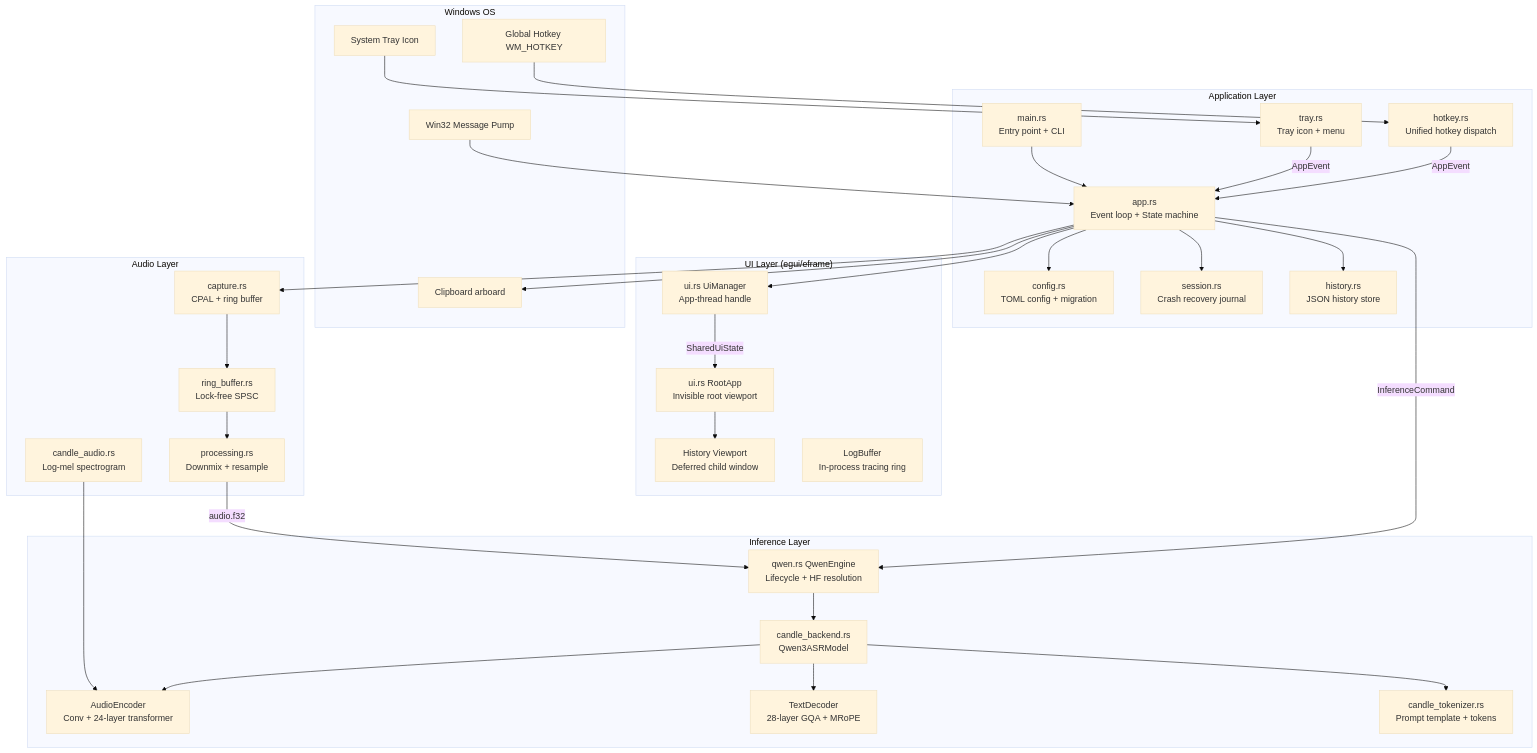
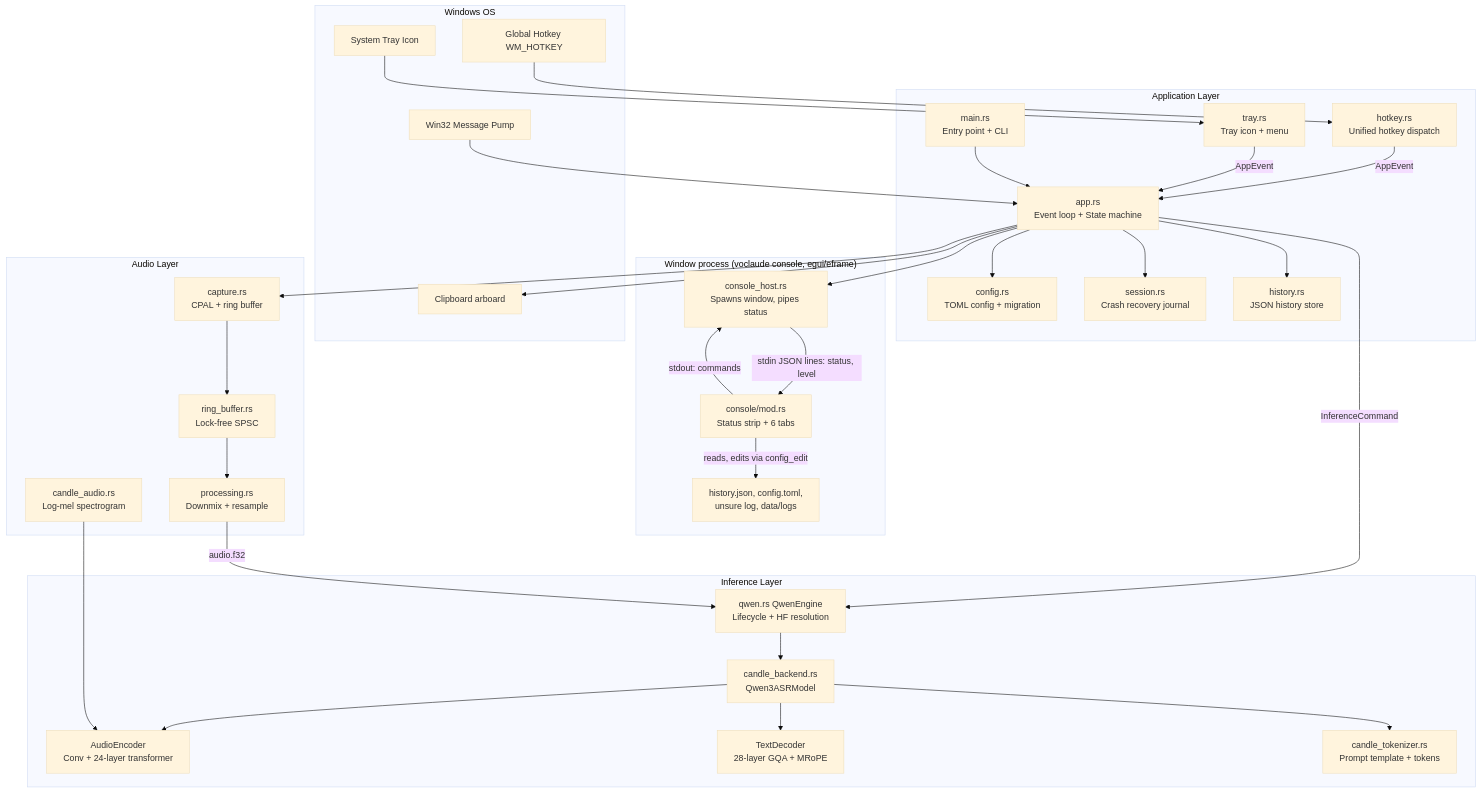
Before and after one commit to matvei77/Voclaude: the first of 3 diagrams in docs/CODEBASE_MAP.md, drawn with Mermaid (base theme). The commit also changed other lines of this file and 37 other files, not shown here.

First line of the commit message:
Voclaude window as its own process, one-click install (0.7.0) (#8)

````diff
--- a/docs/CODEBASE_MAP.md
+++ b/docs/CODEBASE_MAP.md
@@ -13,65 +13,65 @@
 ```mermaid
 graph TB
     subgraph OS["Windows OS"]
         WM[Win32 Message Pump]
         HK[Global Hotkey WM_HOTKEY]
         Tray[System Tray Icon]
         Clip[Clipboard arboard]
     end
 
     subgraph App["Application Layer"]
         Main[main.rs<br/>Entry point + CLI]
         AppLoop[app.rs<br/>Event loop + State machine]
         Config[config.rs<br/>TOML config + migration]
         Session[session.rs<br/>Crash recovery journal]
         History[history.rs<br/>JSON history store]
         HotkeyMgr[hotkey.rs<br/>Unified hotkey dispatch]
         TrayMgr[tray.rs<br/>Tray icon + menu]
     end
 
-    subgraph UI["UI Layer (egui/eframe)"]
-        UiMgr[ui.rs UiManager<br/>App-thread handle]
-        RootApp[ui.rs RootApp<br/>Invisible root viewport]
-        HistoryVP[History Viewport<br/>Deferred child window]
-        LogBuf[LogBuffer<br/>In-process tracing ring]
+    subgraph UI["Window process (voclaude console, egui/eframe)"]
+        Host[console_host.rs<br/>Spawns window, pipes status]
+        Console[console/mod.rs<br/>Status strip + 6 tabs]
+        Files[history.json, config.toml,<br/>unsure log, data/logs]
     end
 
     subgraph Inference["Inference Layer"]
         QwenEng[qwen.rs QwenEngine<br/>Lifecycle + HF resolution]
         Model[candle_backend.rs<br/>Qwen3ASRModel]
         AudioEnc[AudioEncoder<br/>Conv + 24-layer transformer]
         TextDec[TextDecoder<br/>28-layer GQA + MRoPE]
         Tokenizer[candle_tokenizer.rs<br/>Prompt template + tokens]
     end
 
     subgraph Audio["Audio Layer"]
         Capture[capture.rs<br/>CPAL + ring buffer]
         Processing[processing.rs<br/>Downmix + resample]
         RingBuf[ring_buffer.rs<br/>Lock-free SPSC]
         MelSpec[candle_audio.rs<br/>Log-mel spectrogram]
     end
 
     HK --> HotkeyMgr
     Tray --> TrayMgr
     HotkeyMgr -->|AppEvent| AppLoop
     TrayMgr -->|AppEvent| AppLoop
     AppLoop -->|InferenceCommand| QwenEng
     AppLoop --> Capture
     AppLoop --> Session
     AppLoop --> History
-    AppLoop --> UiMgr
+    AppLoop --> Host
     AppLoop --> Clip
     AppLoop --> Config
     Main --> AppLoop
-    UiMgr -->|SharedUiState| RootApp
-    RootApp --> HistoryVP
+    Host -->|stdin JSON lines: status, level| Console
+    Console -->|stdout: commands| Host
+    Console -->|reads, edits via config_edit| Files
     Capture --> RingBuf
     RingBuf --> Processing
     Processing -->|audio.f32| QwenEng
     QwenEng --> Model
     Model --> AudioEnc
     Model --> TextDec
     Model --> Tokenizer
     MelSpec --> AudioEnc
     WM --> AppLoop
 ```
````
